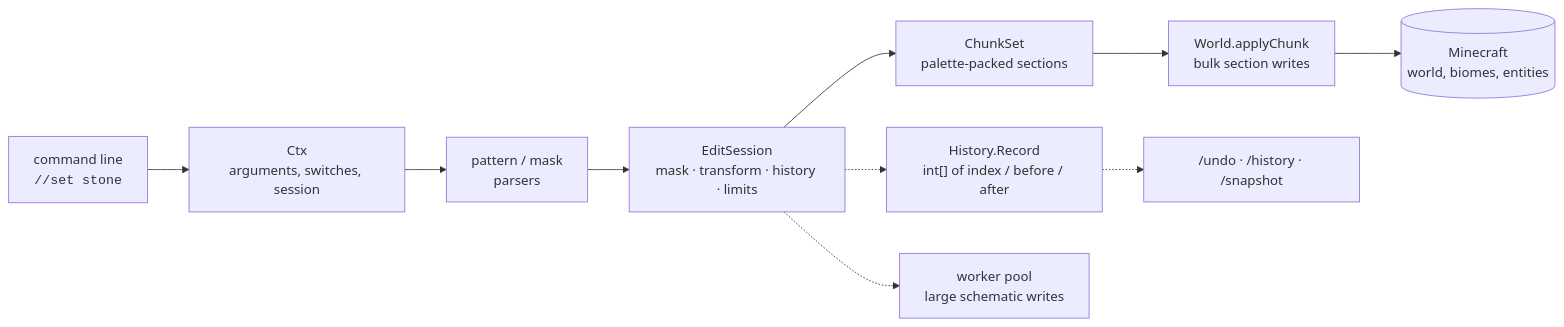
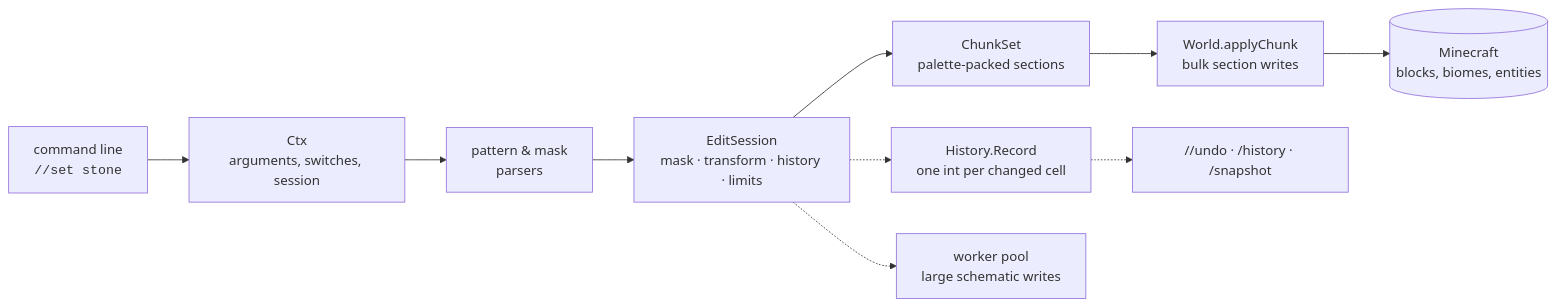
The first of 2 diagrams in README.md (MaxLananas/FAWE-ButInMods), drawn with Mermaid before and after one commit. The commit also changed other lines of this file and 5 other files, not shown here.

Commit message:
docs: rebrand the README — hand-written SVG banner, logo, engine diagrams, benchmark chart, a generated showcase, an ecosystem map and a verification section

````diff
--- a/README.md
+++ b/README.md
@@ -171,12 +154,12 @@
 ```mermaid
 flowchart LR
     A["command line<br/><code>//set stone</code>"] --> B["Ctx<br/>arguments, switches, session"]
-    B --> C["pattern / mask<br/>parsers"]
+    B --> C["pattern &amp; mask<br/>parsers"]
     C --> D["EditSession<br/>mask · transform · history · limits"]
     D --> E["ChunkSet<br/>palette-packed sections"]
     E --> F["World.applyChunk<br/>bulk section writes"]
-    F --> G[("Minecraft<br/>world, biomes, entities")]
-    D -.-> H["History.Record<br/>int[] of index / before / after"]
-    H -.-> I["/undo · /history · /snapshot"]
+    F --> G[("Minecraft<br/>blocks, biomes, entities")]
+    D -.-> H["History.Record<br/>one int per changed cell"]
+    H -.-> I["//undo · /history · /snapshot"]
     D -.-> J["worker pool<br/>large schematic writes"]
 ```
````
